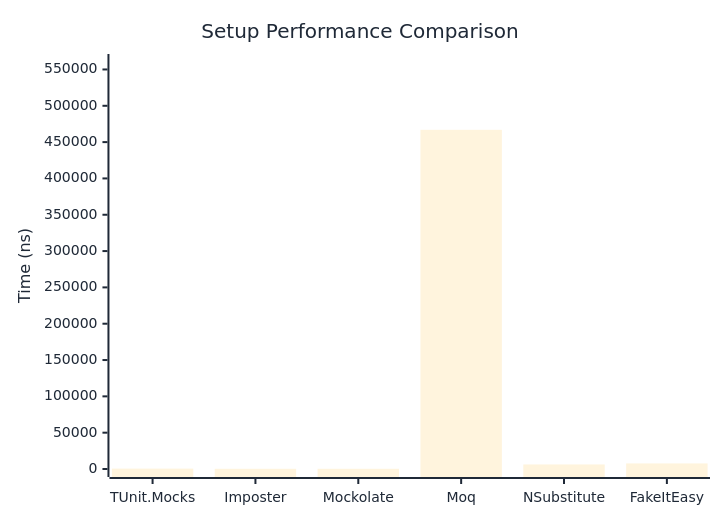
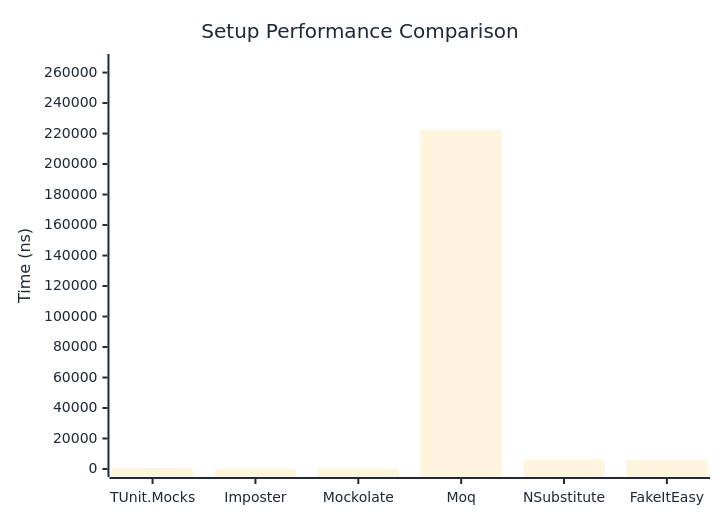
Before and after one commit to thomhurst/TUnit: the first of 2 diagrams in docs/docs/benchmarks/mocks/Setup.md, drawn with Mermaid. The commit also changed other lines of this file and 14 other files, not shown here.

````diff
--- a/docs/docs/benchmarks/mocks/Setup.md
+++ b/docs/docs/benchmarks/mocks/Setup.md
@@ -30,27 +30,27 @@
 ```mermaid
 %%{init: {
   'theme':'base',
   'themeVariables': {
     'primaryColor': '#2563eb',
     'primaryTextColor': '#1f2937',
     'primaryBorderColor': '#1e40af',
     'lineColor': '#6b7280',
     'secondaryColor': '#7c3aed',
     'tertiaryColor': '#dc2626',
     'background': '#ffffff',
     'pie1': '#2563eb',
     'pie2': '#7c3aed',
     'pie3': '#dc2626',
     'pie4': '#f59e0b',
     'pie5': '#10b981',
     'pie6': '#06b6d4',
     'pie7': '#ec4899',
     'pie8': '#6366f1'
   }
 }}%%
 xychart-beta
   title "Setup Performance Comparison"
   x-axis ["TUnit.Mocks", "Imposter", "Mockolate", "Moq", "NSubstitute", "FakeItEasy"]
-  y-axis "Time (ns)" 0 --> 560278
-  bar [508.3, 309, 293.4, 466898.2, 6248.1, 7679.1]
+  y-axis "Time (ns)" 0 --> 266927
+  bar [638.3, 370.8, 375.9, 222438.9, 6137.7, 5904.9]
 ```
````
